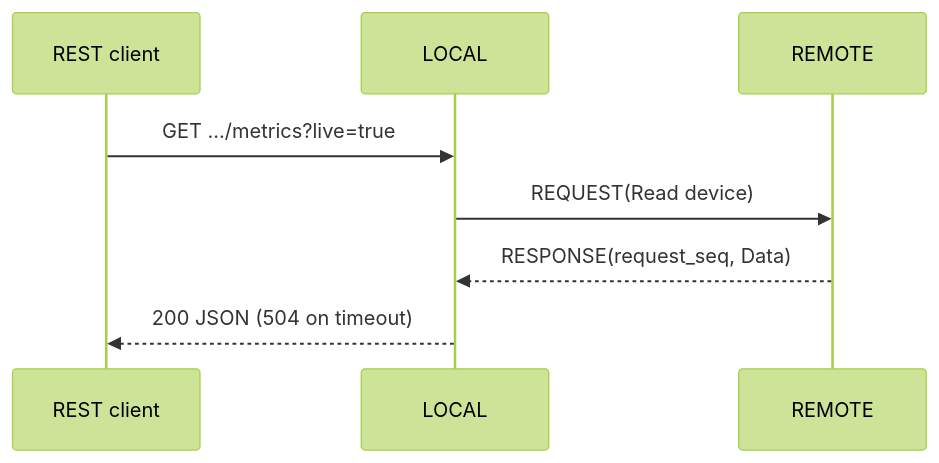
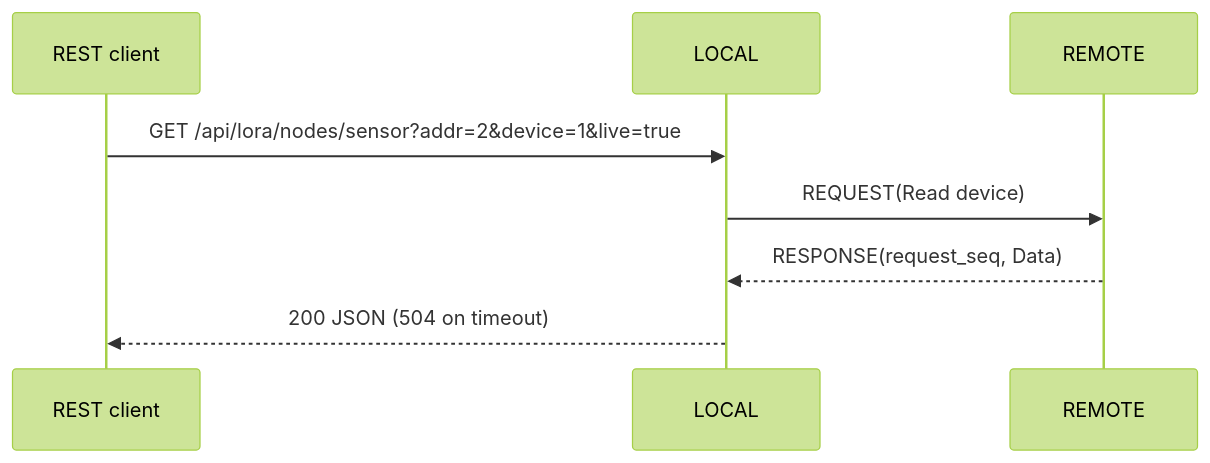
Before and after one commit to Warpguru/LoRaIoT: the second of 9 diagrams in doc/LoRaProtocol.md, drawn with Mermaid (forest theme). The commit also changed other lines of this file and 36 other files, not shown here.

````diff
--- a/doc/LoRaProtocol.md
+++ b/doc/LoRaProtocol.md
@@ -514,10 +510,10 @@
 ```mermaid
 sequenceDiagram
     participant C as REST client
     participant L as LOCAL
     participant R as REMOTE
-    C->>L: GET .../metrics?live=true
+    C->>L: GET /api/lora/nodes/sensor?addr=2&device=1&live=true
     L->>R: REQUEST(Read device)
     R-->>L: RESPONSE(request_seq, Data)
     L-->>C: 200 JSON (504 on timeout)
 ```
````
